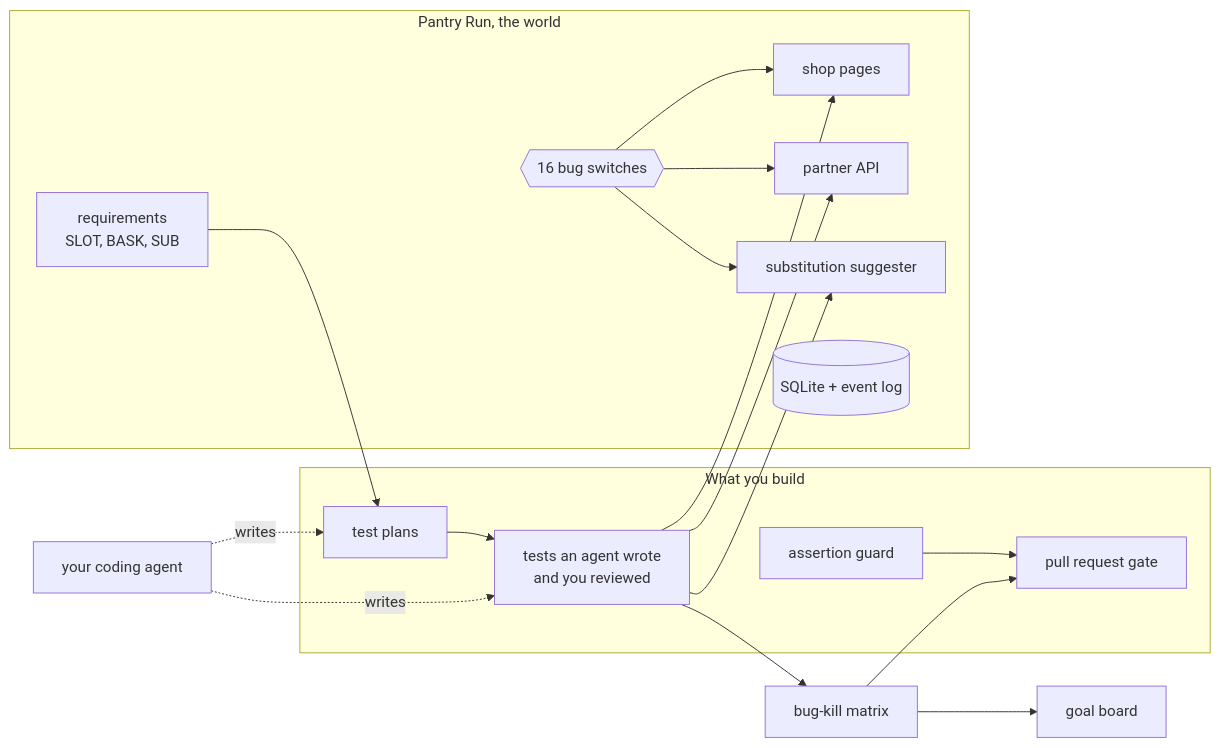
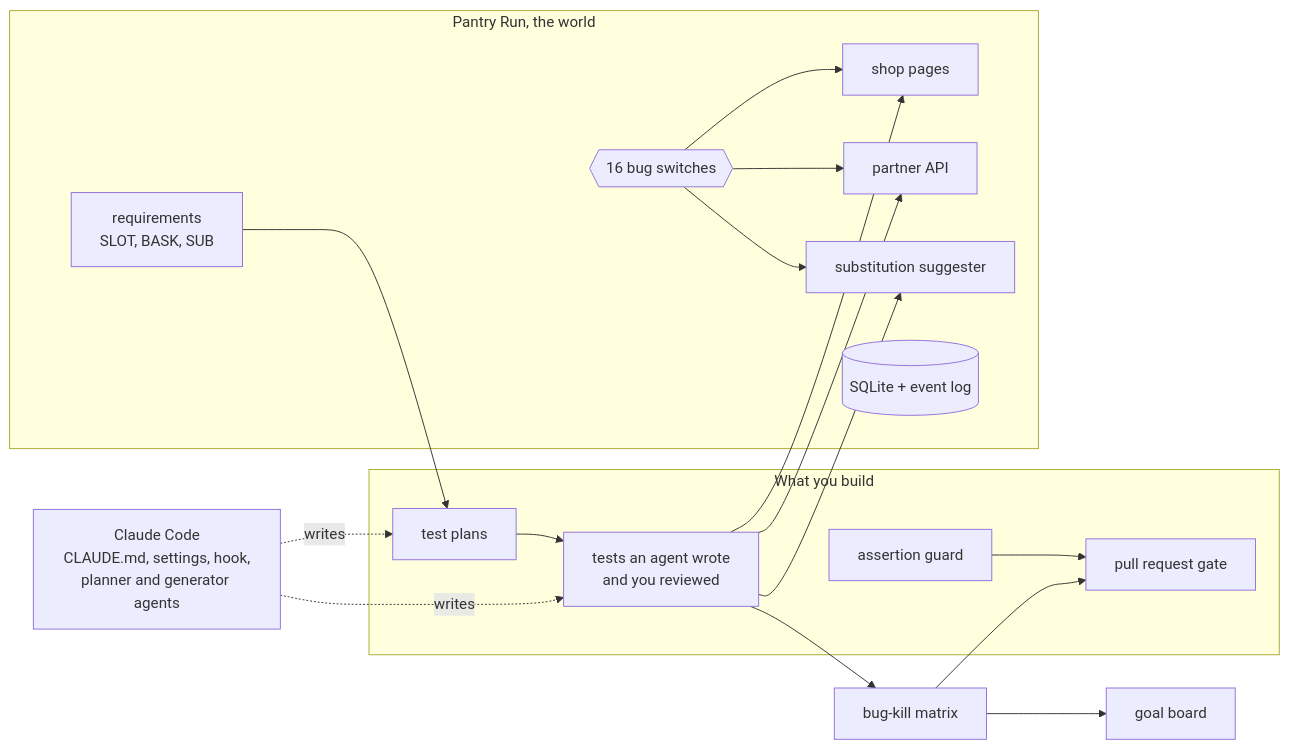
Before and after one commit to learnwithparam/agentic-qa-workshop: the diagram in README.md, drawn with Mermaid. The commit also changed other lines of this file and 153 other files, not shown here.

First line of the commit message:
Use the real Claude Code for every agent step (#2)

````diff
--- a/README.md
+++ b/README.md
@@ -61,24 +101,24 @@
 ```mermaid
 flowchart LR
   subgraph World [Pantry Run, the world]
     REQ[requirements<br/>SLOT, BASK, SUB]
     SHOP[shop pages]
     API[partner API]
     AI[substitution suggester]
     DB[(SQLite + event log)]
     BUGS{{16 bug switches}}
   end
   subgraph You [What you build]
     PLAN[test plans]
     TESTS[tests an agent wrote<br/>and you reviewed]
     GUARD[assertion guard]
     GATE[pull request gate]
   end
-  AGENT[your coding agent] -.writes.-> PLAN & TESTS
+  AGENT[Claude Code<br/>CLAUDE.md, settings, hook,<br/>planner and generator agents] -.writes.-> PLAN & TESTS
   REQ --> PLAN --> TESTS
   TESTS --> SHOP & API & AI
   BUGS --> SHOP & API & AI
   TESTS --> M[bug-kill matrix] --> BOARD[goal board]
   GUARD --> GATE
   M --> GATE
 ```
````
